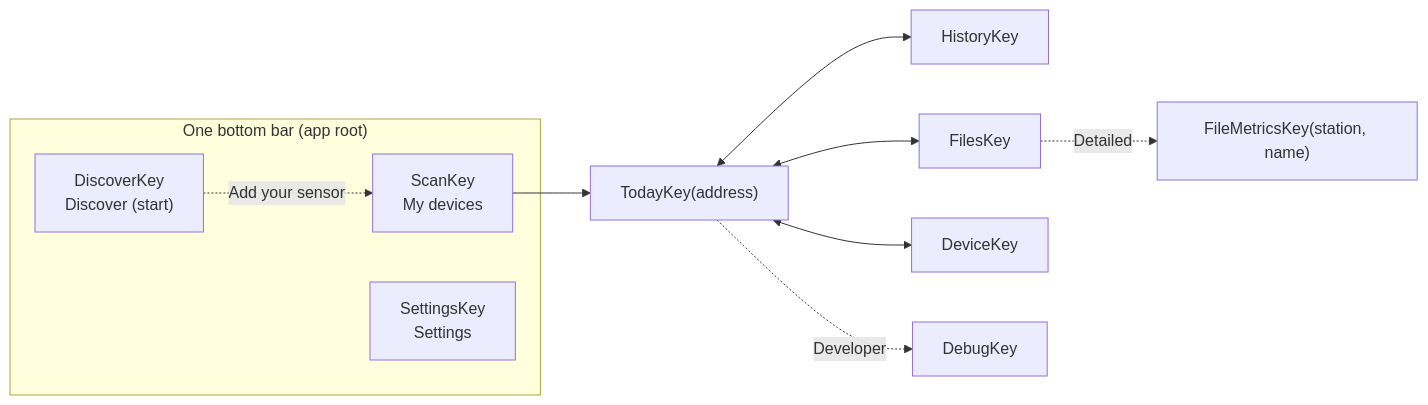
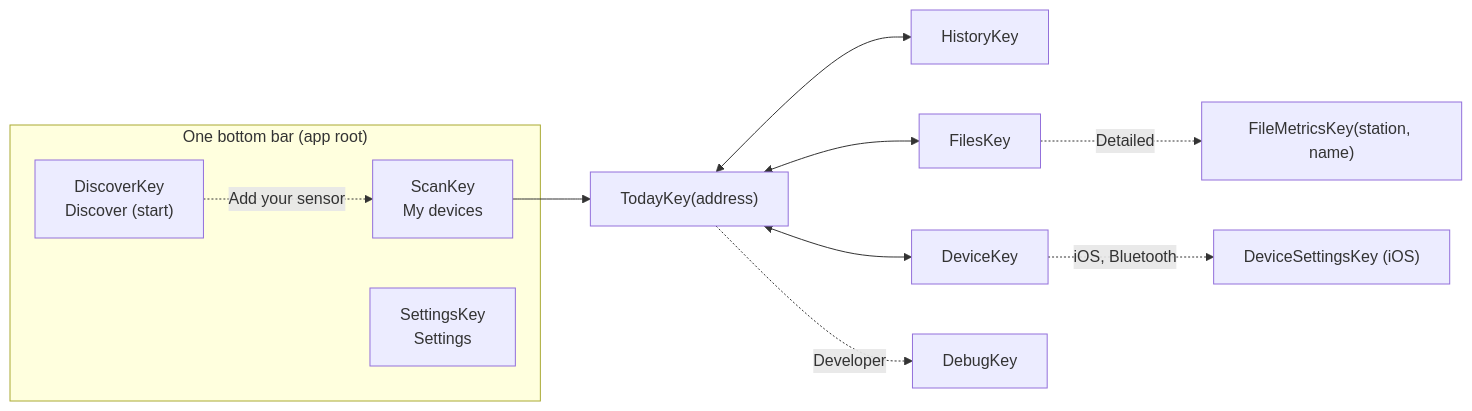
One commit to walkthru-earth/opensensor-space-mobile changed the diagram in docs/screens.md. Above: the diagram before and after it, drawn with Mermaid. The commit also changed other lines of this file and 11 other files, not shown here.

First line of the commit message:
Open the shared device configuration on iOS over Bluetooth

````diff
--- a/docs/screens.md
+++ b/docs/screens.md
@@ -9,15 +9,16 @@
 ```mermaid
 flowchart LR
   subgraph Bar["One bottom bar (app root)"]
     Discover["DiscoverKey<br/>Discover (start)"]
     Scan["ScanKey<br/>My devices"]
     Settings["SettingsKey<br/>Settings"]
   end
   Scan --> Today["TodayKey(address)"]
   Today <--> History["HistoryKey"]
   Today <--> Files["FilesKey"]
   Today <--> Device["DeviceKey"]
   Today -. Developer .-> Debug["DebugKey"]
+  Device -. iOS, Bluetooth .-> DeviceSettings["DeviceSettingsKey (iOS)"]
   Files -. Detailed .-> Metrics["FileMetricsKey(station, name)"]
   Discover -. Add your sensor .-> Scan
 ```
````
